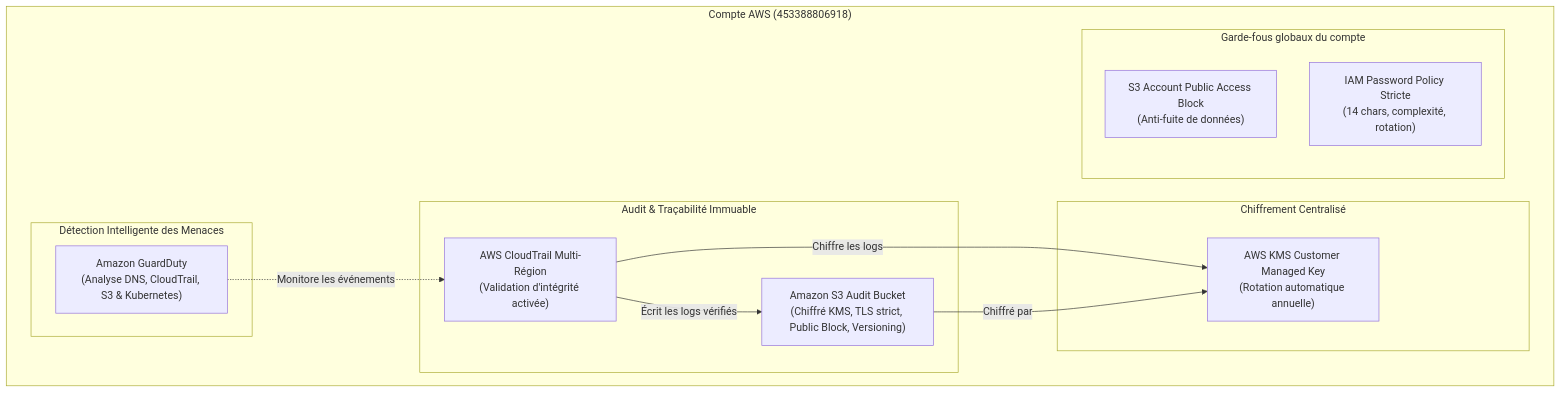
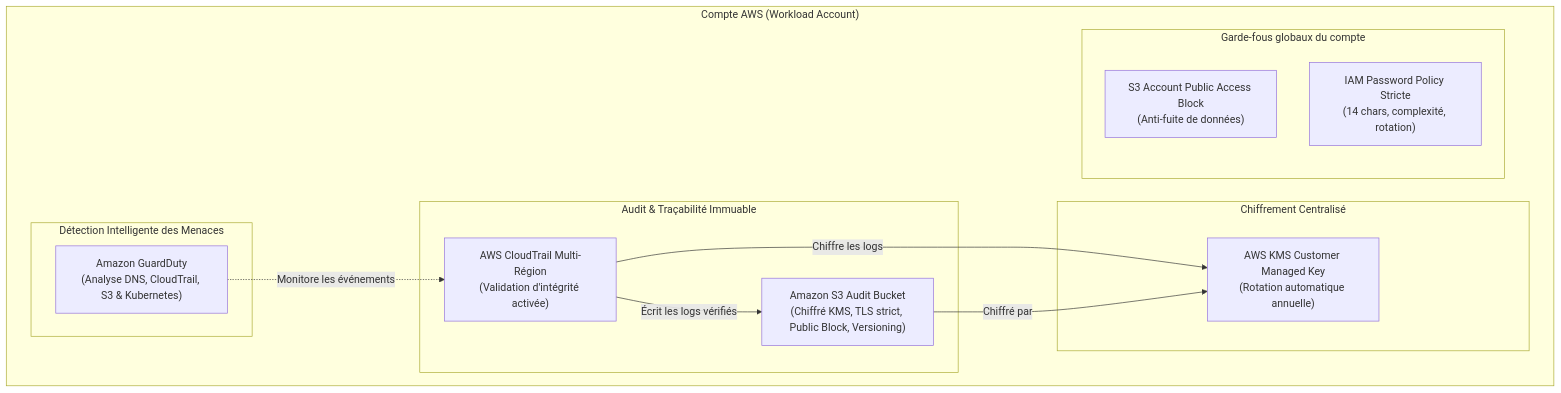
One commit to OuitesAhmed/aws-devops-mastery changed the diagram in 01-landing-zone-terraform/README.md. Above: the diagram before and after it, drawn with Mermaid. The commit also changed 10 other files, not shown here.

````diff
--- a/01-landing-zone-terraform/README.md
+++ b/01-landing-zone-terraform/README.md
@@ -9,27 +9,27 @@
 ```mermaid
 flowchart TD
-    subgraph AWSAccount["Compte AWS (453388806918)"]
+    subgraph AWSAccount["Compte AWS (Workload Account)"]
         subgraph KMS["Chiffrement Centralisé"]
             CMK["AWS KMS Customer Managed Key\n(Rotation automatique annuelle)"]
         end
 
         subgraph Audit["Audit & Traçabilité Immuable"]
             CT["AWS CloudTrail Multi-Région\n(Validation d'intégrité activée)"]
             S3["Amazon S3 Audit Bucket\n(Chiffré KMS, TLS strict, Public Block, Versioning)"]
         end
 
         subgraph ThreatDetection["Détection Intelligente des Menaces"]
             GD["Amazon GuardDuty\n(Analyse DNS, CloudTrail, S3 & Kubernetes)"]
         end
 
         subgraph AccountGuardrails["Garde-fous globaux du compte"]
             S3Block["S3 Account Public Access Block\n(Anti-fuite de données)"]
             IAMPolicy["IAM Password Policy Stricte\n(14 chars, complexité, rotation)"]
         end
     end
 
     CT -- "Chiffre les logs" --> CMK
     CT -- "Écrit les logs vérifiés" --> S3
     S3 -- "Chiffré par" --> CMK
     GD -. "Monitore les événements" .-> CT
 ```
````
